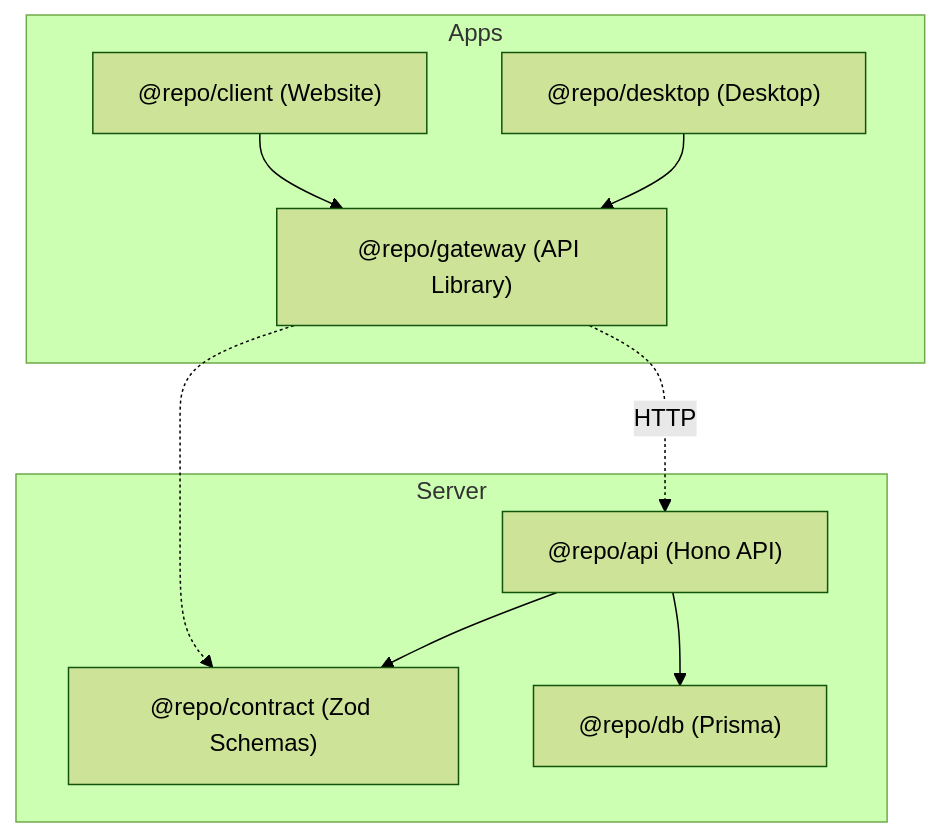
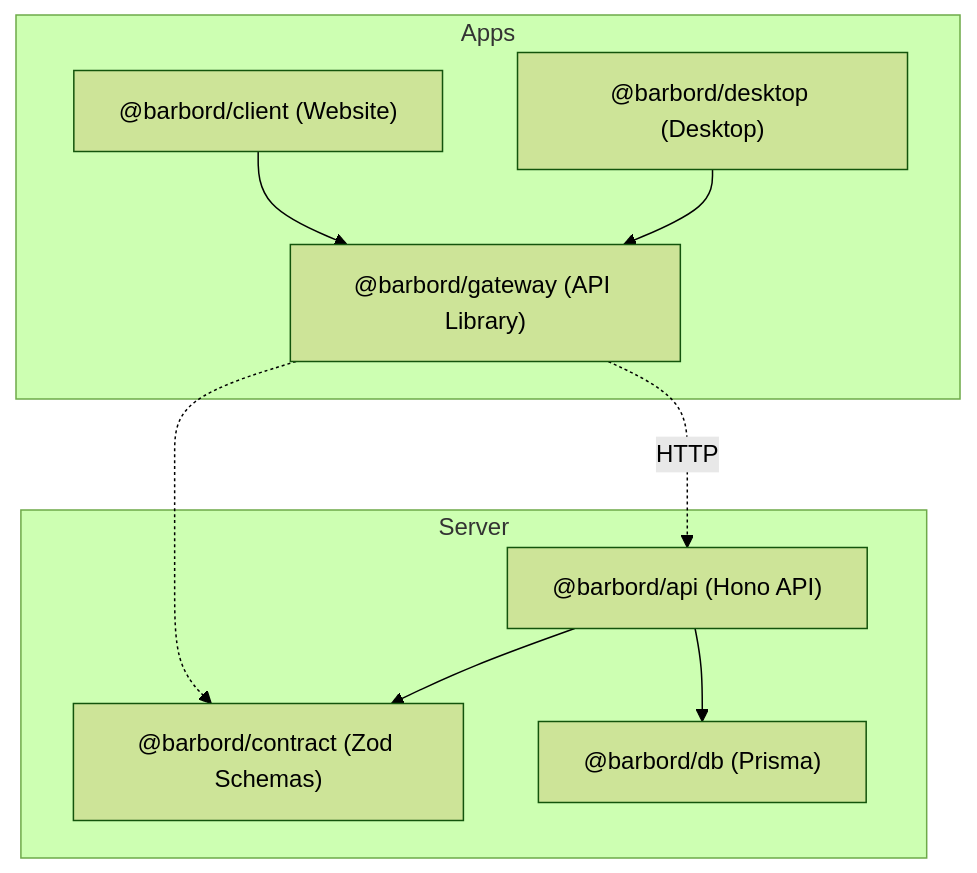
One commit to luximus-hunter/barbord-fullstack changed the diagram in README.md. Above: the diagram before and after it, drawn with Mermaid (forest theme). The commit also changed other lines of this file and 54 other files, not shown here.

````diff
--- a/README.md
+++ b/README.md
@@ -26,24 +23,24 @@
 ```mermaid
 flowchart TB
   subgraph "Apps"
-    WEB["@repo/client (Website)"]
-    DESKTOP["@repo/desktop (Desktop)"]
-    GATEWAY["@repo/gateway (API Library)"]
+    WEB["@barbord/client (Website)"]
+    DESKTOP["@barbord/desktop (Desktop)"]
+    GATEWAY["@barbord/gateway (API Library)"]
   end
 
 
   subgraph "Server"
-    API["@repo/api (Hono API)"]
-    CONTRACT["@repo/contract (Zod Schemas)"]
-    DB["@repo/db (Prisma)"]
+    API["@barbord/api (Hono API)"]
+    CONTRACT["@barbord/contract (Zod Schemas)"]
+    DB["@barbord/db (Prisma)"]
   end
 
   WEB --> GATEWAY
   DESKTOP --> GATEWAY
 
   GATEWAY -. HTTP .-> API
   GATEWAY -.-> CONTRACT
 
   API --> CONTRACT
   API --> DB
 ```
````
